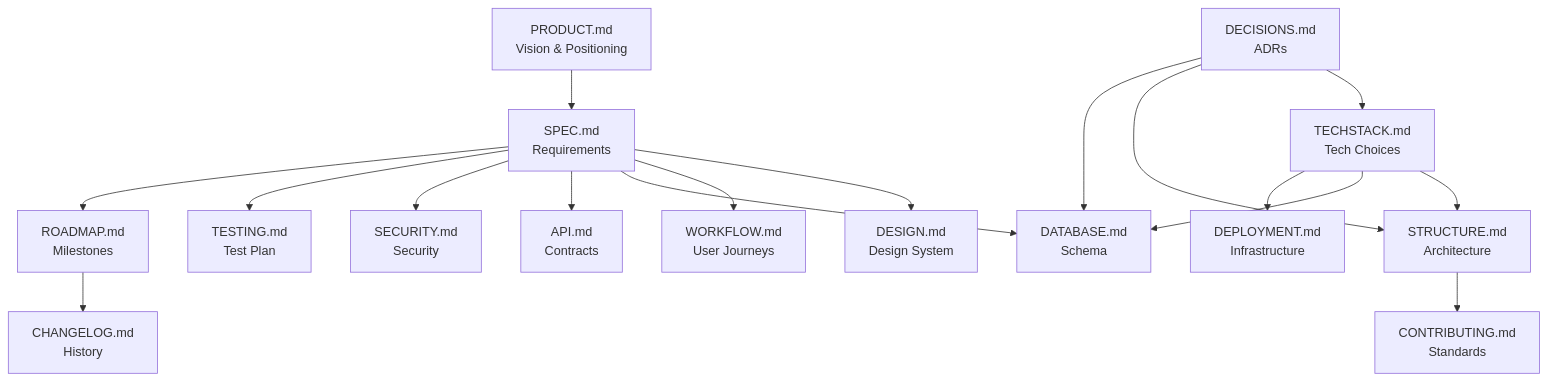
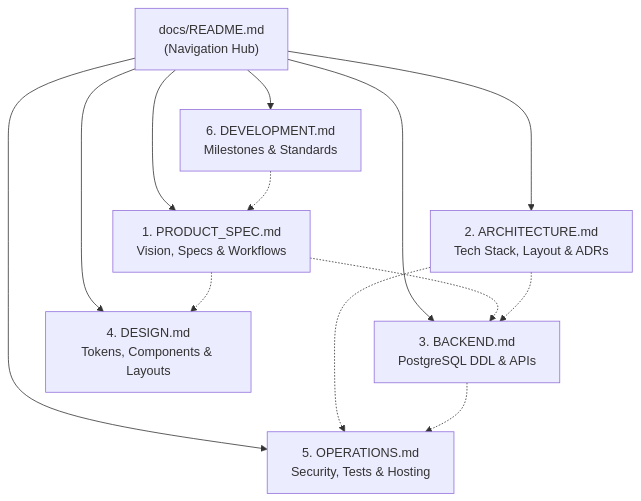
Before and after one commit to Dhruv-Patel-2007/Anivio: the diagram in docs/README.md, drawn with Mermaid. The commit also changed other lines of this file and 19 other files, not shown here.

````diff
--- a/docs/README.md
+++ b/docs/README.md
@@ -65,35 +26,16 @@
 ```mermaid
 flowchart TD
-    PRODUCT["PRODUCT.md\nVision & Positioning"]
-    SPEC["SPEC.md\nRequirements"]
-    DESIGN["DESIGN.md\nDesign System"]
-    WORKFLOW["WORKFLOW.md\nUser Journeys"]
-    STRUCTURE["STRUCTURE.md\nArchitecture"]
-    TECHSTACK["TECHSTACK.md\nTech Choices"]
-    DATABASE["DATABASE.md\nSchema"]
-    API["API.md\nContracts"]
-    SECURITY["SECURITY.md\nSecurity"]
-    TESTING["TESTING.md\nTest Plan"]
-    DEPLOYMENT["DEPLOYMENT.md\nInfrastructure"]
-    ROADMAP["ROADMAP.md\nMilestones"]
-    DECISIONS["DECISIONS.md\nADRs"]
-    CONTRIBUTING["CONTRIBUTING.md\nStandards"]
-    CHANGELOG["CHANGELOG.md\nHistory"]
+    Index["docs/README.md\n(Navigation Hub)"] --> Product["1. PRODUCT_SPEC.md\nVision, Specs & Workflows"]
+    Index --> Arch["2. ARCHITECTURE.md\nTech Stack, Layout & ADRs"]
+    Index --> Backend["3. BACKEND.md\nPostgreSQL DDL & APIs"]
+    Index --> Design["4. DESIGN.md\nTokens, Components & Layouts"]
+    Index --> Ops["5. OPERATIONS.md\nSecurity, Tests & Hosting"]
+    Index --> Dev["6. DEVELOPMENT.md\nMilestones & Standards"]
 
-    PRODUCT --> SPEC
-    SPEC --> DESIGN
-    SPEC --> WORKFLOW
-    SPEC --> DATABASE
-    SPEC --> API
-    SPEC --> SECURITY
-    TECHSTACK --> STRUCTURE
-    TECHSTACK --> DATABASE
-    TECHSTACK --> DEPLOYMENT
-    STRUCTURE --> CONTRIBUTING
-    SPEC --> TESTING
-    SPEC --> ROADMAP
-    DECISIONS --> TECHSTACK
-    DECISIONS --> STRUCTURE
-    DECISIONS --> DATABASE
-    ROADMAP --> CHANGELOG
+    Product -.-> Backend
+    Product -.-> Design
+    Arch -.-> Backend
+    Arch -.-> Ops
+    Backend -.-> Ops
+    Dev -.-> Product
 ```
````
